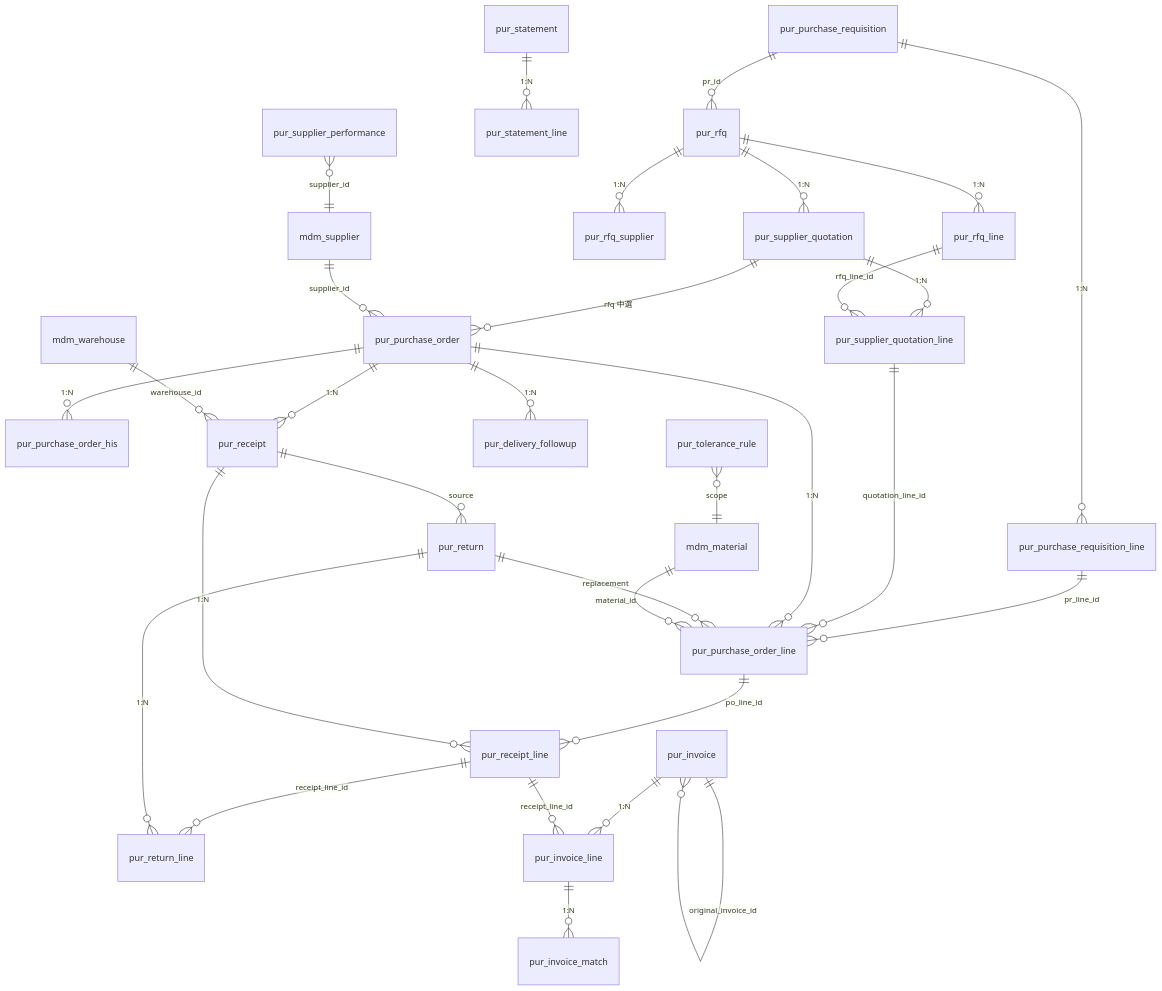
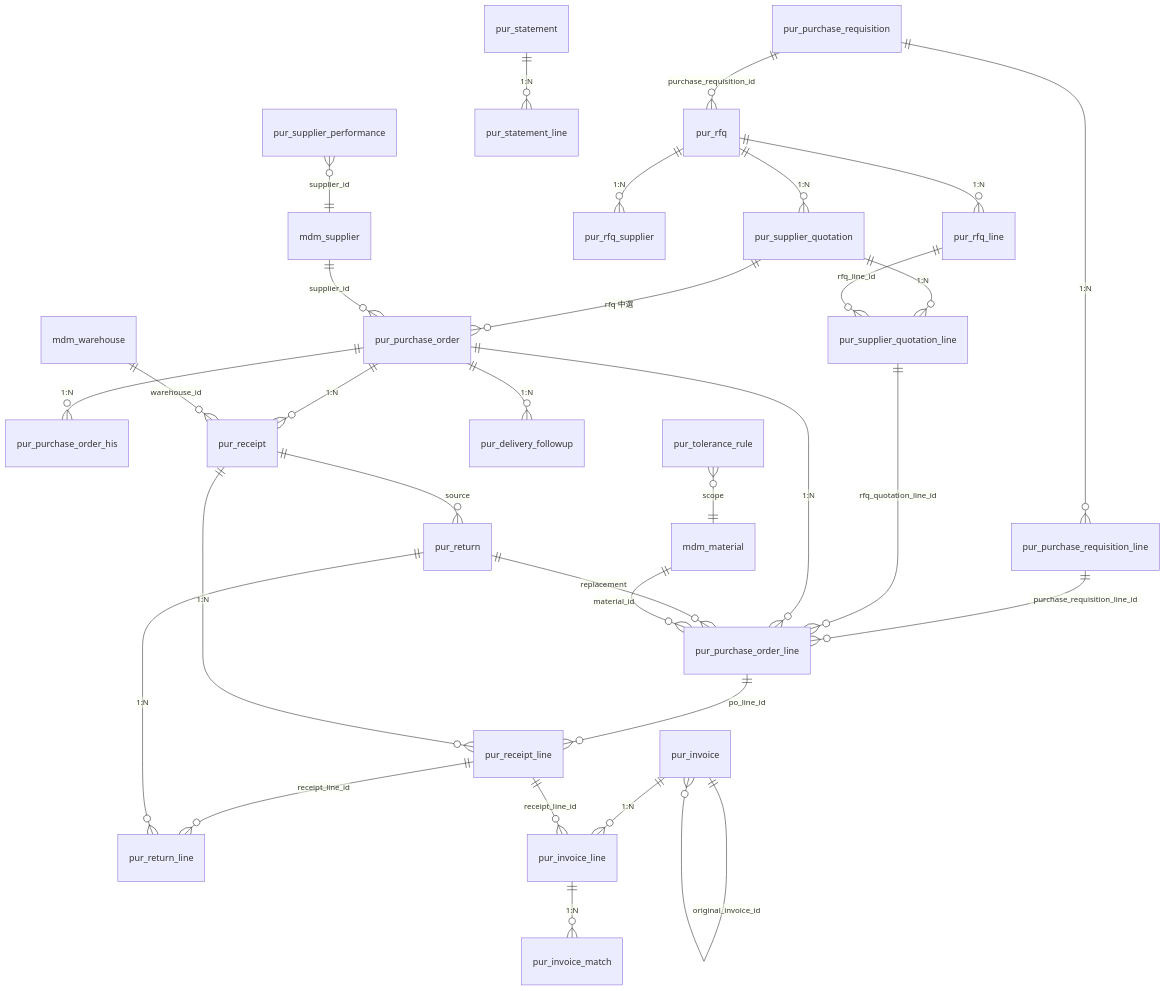
One commit to Akarin7784/stellar-erp changed the diagram in docs/design/04-purchase/90-db-design.md. Above: the diagram before and after it, drawn with Mermaid. The commit also changed other lines of this file and 7 other files, not shown here.

Commit message:
docs(purchase): 一意制約を (tenant_id, …) 先頭に統一（例外廃止）、列名を DDL に統一、change_approved_at 追加、remain_qty 派生明記、prd_mrp_plan_order 参照修正

````diff
--- a/docs/design/04-purchase/90-db-design.md
+++ b/docs/design/04-purchase/90-db-design.md
@@ -62,33 +62,33 @@
 ```mermaid
 erDiagram
     pur_purchase_requisition ||--o{ pur_purchase_requisition_line : "1:N"
-    pur_purchase_requisition ||--o{ pur_rfq : "pr_id"
+    pur_purchase_requisition ||--o{ pur_rfq : "purchase_requisition_id"
     pur_rfq ||--o{ pur_rfq_line : "1:N"
     pur_rfq ||--o{ pur_rfq_supplier : "1:N"
     pur_rfq ||--o{ pur_supplier_quotation : "1:N"
     pur_supplier_quotation ||--o{ pur_supplier_quotation_line : "1:N"
     pur_rfq_line ||--o{ pur_supplier_quotation_line : "rfq_line_id"
-    pur_purchase_requisition_line ||--o{ pur_purchase_order_line : "pr_line_id"
-    pur_supplier_quotation_line ||--o{ pur_purchase_order_line : "quotation_line_id"
+    pur_purchase_requisition_line ||--o{ pur_purchase_order_line : "purchase_requisition_line_id"
+    pur_supplier_quotation_line ||--o{ pur_purchase_order_line : "rfq_quotation_line_id"
     pur_purchase_order ||--o{ pur_purchase_order_line : "1:N"
     pur_purchase_order ||--o{ pur_purchase_order_his : "1:N"
     pur_purchase_order ||--o{ pur_receipt : "1:N"
     pur_purchase_order_line ||--o{ pur_receipt_line : "po_line_id"
     pur_receipt ||--o{ pur_receipt_line : "1:N"
     pur_receipt ||--o{ pur_return : "source"
     pur_receipt_line ||--o{ pur_return_line : "receipt_line_id"
     pur_return ||--o{ pur_return_line : "1:N"
     pur_invoice ||--o{ pur_invoice_line : "1:N"
     pur_invoice_line ||--o{ pur_invoice_match : "1:N"
     pur_receipt_line ||--o{ pur_invoice_line : "receipt_line_id"
     pur_invoice ||--o{ pur_invoice : "original_invoice_id"
     pur_supplier_quotation ||--o{ pur_purchase_order : "rfq 中選"
     pur_purchase_order ||--o{ pur_delivery_followup : "1:N"
     pur_return ||--o{ pur_purchase_order_line : "replacement"
     pur_statement ||--o{ pur_statement_line : "1:N"
     pur_tolerance_rule }o--|| mdm_material : "scope"
     pur_supplier_performance }o--|| mdm_supplier : "supplier_id"
     mdm_supplier ||--o{ pur_purchase_order : "supplier_id"
     mdm_material ||--o{ pur_purchase_order_line : "material_id"
     mdm_warehouse ||--o{ pur_receipt : "warehouse_id"
 ```
````
